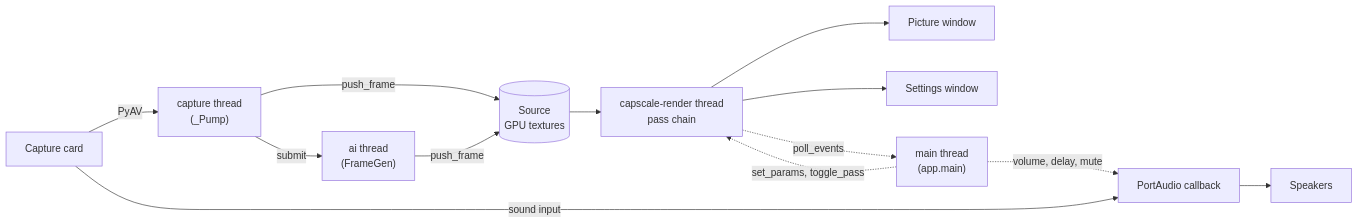
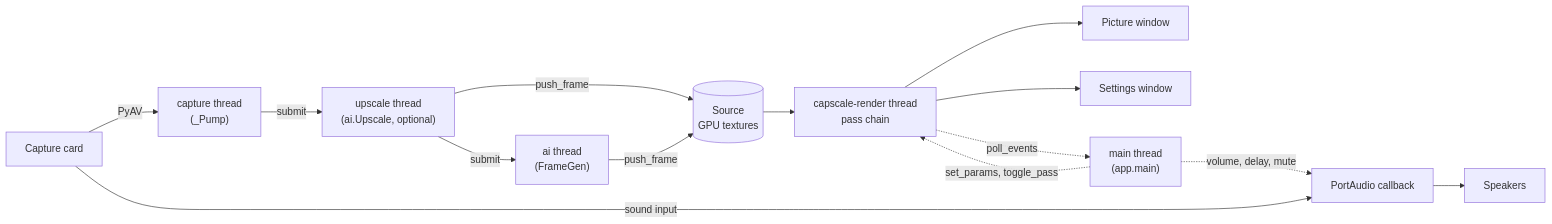
The diagram in docs/architecture.md (AmreetKumarkhuntia/CapScale), drawn with Mermaid before and after one commit. The commit also changed other lines of this file and 28 other files, not shown here.

````diff
--- a/docs/architecture.md
+++ b/docs/architecture.md
@@ -18,14 +18,15 @@
 ```mermaid
 flowchart LR
     card[Capture card] -->|PyAV| pump["capture thread<br>(_Pump)"]
-    pump -->|push_frame| src[("Source<br>GPU textures")]
-    pump -->|submit| ai["ai thread<br>(FrameGen)"]
+    pump -->|submit| up["upscale thread<br>(ai.Upscale, optional)"]
+    up -->|push_frame| src[("Source<br>GPU textures")]
+    up -->|submit| ai["ai thread<br>(FrameGen)"]
     ai -->|push_frame| src
     src --> render["capscale-render thread<br>pass chain"]
     render --> pic[Picture window]
     render --> set[Settings window]
     main["main thread<br>(app.main)"] -.->|set_params, toggle_pass| render
     render -.->|poll_events| main
     card -->|sound input| audio[PortAudio callback] --> out[Speakers]
     main -.->|volume, delay, mute| audio
 ```
````
